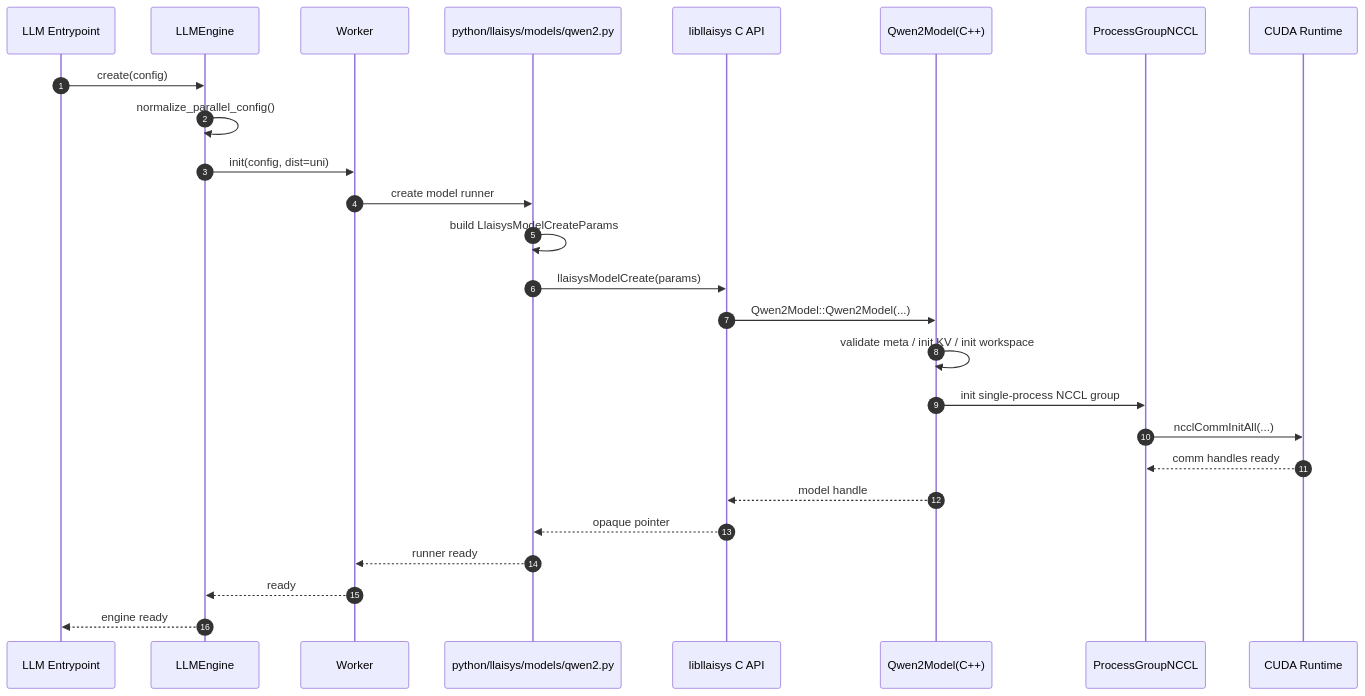
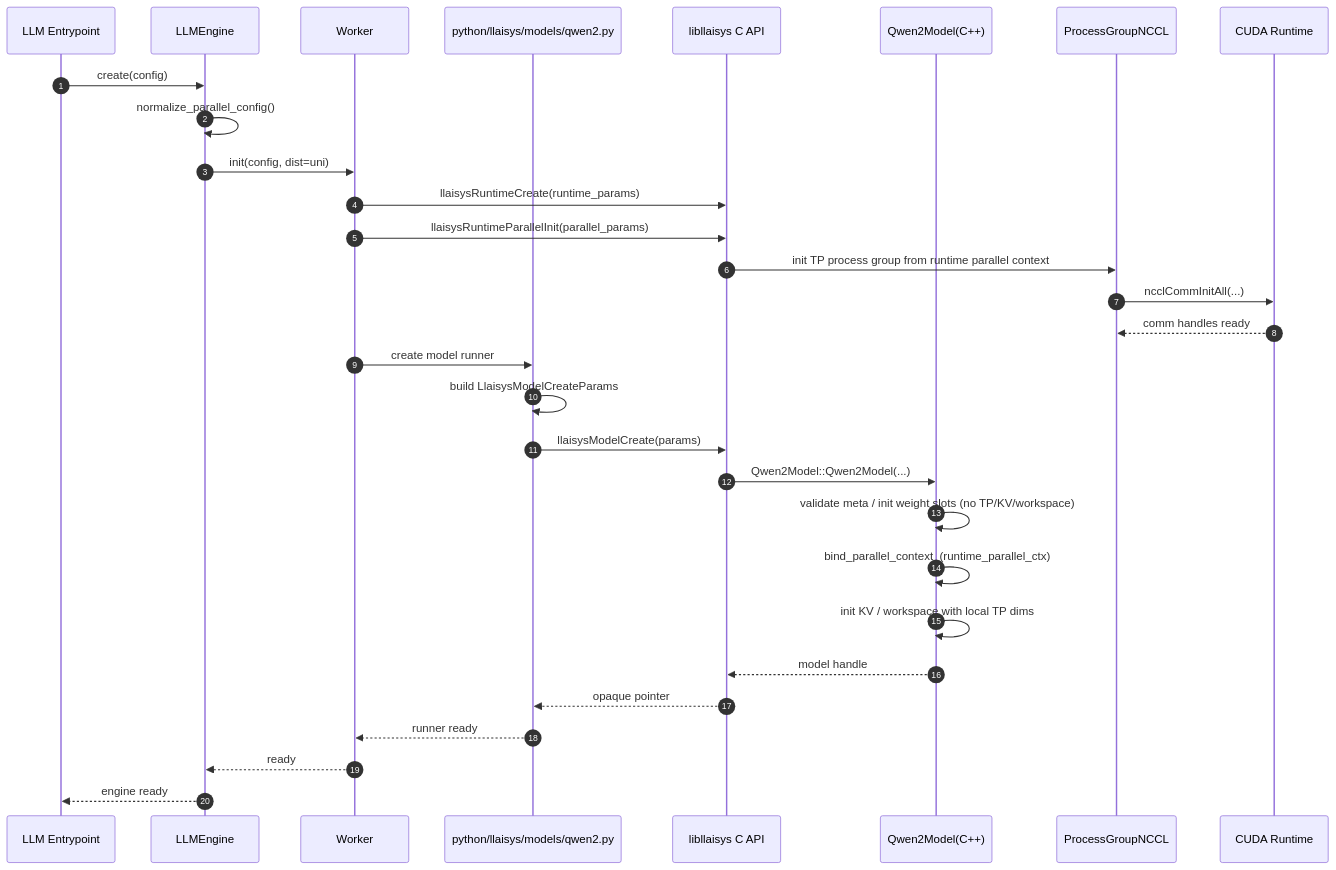
Before and after one commit to xiaohajiayou/NovaInfer: the first of 3 diagrams in doc/tp_reuse_infinitrain_design_2026-02-27.md, drawn with Mermaid. The commit also changed other lines of this file and 8 other files, not shown here.

````diff
--- a/doc/tp_reuse_infinitrain_design_2026-02-27.md
+++ b/doc/tp_reuse_infinitrain_design_2026-02-27.md
@@ -868,29 +876,33 @@
 ```mermaid
 sequenceDiagram
     autonumber
     participant Client as LLM Entrypoint
     participant Engine as LLMEngine
     participant Worker as Worker
     participant Qwen2Py as python/llaisys/models/qwen2.py
     participant CAPI as libllaisys C API
     participant Model as Qwen2Model(C++)
     participant PG as ProcessGroupNCCL
     participant RT as CUDA Runtime
 
     Client->>Engine: create(config)
     Engine->>Engine: normalize_parallel_config()
     Engine->>Worker: init(config, dist=uni)
+    Worker->>CAPI: llaisysRuntimeCreate(runtime_params)
+    Worker->>CAPI: llaisysRuntimeParallelInit(parallel_params)
+    CAPI->>PG: init TP process group from runtime parallel context
+    PG->>RT: ncclCommInitAll(...)
+    RT-->>PG: comm handles ready
     Worker->>Qwen2Py: create model runner
     Qwen2Py->>Qwen2Py: build LlaisysModelCreateParams
     Qwen2Py->>CAPI: llaisysModelCreate(params)
     CAPI->>Model: Qwen2Model::Qwen2Model(...)
-    Model->>Model: validate meta / init KV / init workspace
-    Model->>PG: init single-process NCCL group
-    PG->>RT: ncclCommInitAll(...)
-    RT-->>PG: comm handles ready
+    Model->>Model: validate meta / init weight slots (no TP/KV/workspace)
+    Model->>Model: bind_parallel_context_(runtime_parallel_ctx)
+    Model->>Model: init KV / workspace with local TP dims
     Model-->>CAPI: model handle
     CAPI-->>Qwen2Py: opaque pointer
     Qwen2Py-->>Worker: runner ready
     Worker-->>Engine: ready
     Engine-->>Client: engine ready
 ```
````
